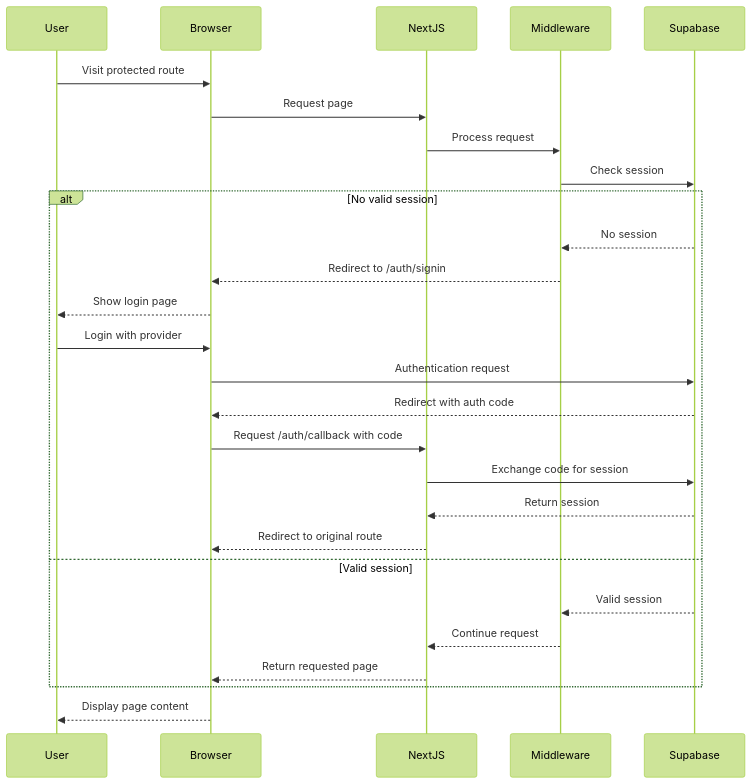
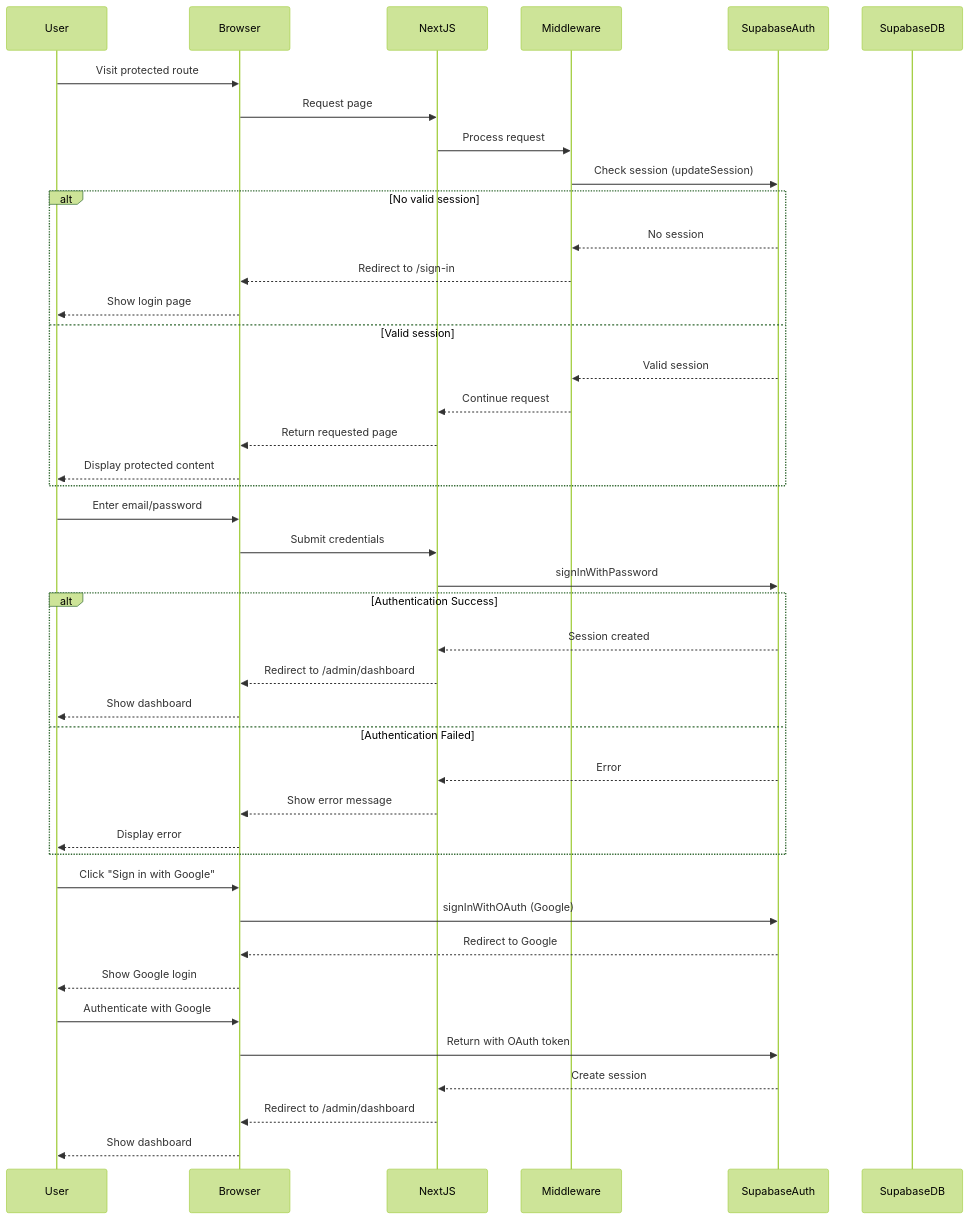
The second of 4 diagrams in README.md (eric-nichols-nyc/audiograph), drawn with Mermaid (forest theme) before and after one commit. The commit also changed other lines of this file and 30 other files, not shown here.

````diff
--- a/README.md
+++ b/README.md
@@ -80,32 +82,52 @@
 ```mermaid
 sequenceDiagram
     participant User
     participant Browser
     participant NextJS
     participant Middleware
-    participant Supabase
+    participant SupabaseAuth
+    participant SupabaseDB
     
+    %% Route Protection Flow
     User->>Browser: Visit protected route
     Browser->>NextJS: Request page
     NextJS->>Middleware: Process request
-    Middleware->>Supabase: Check session
+    Middleware->>SupabaseAuth: Check session (updateSession)
     
     alt No valid session
-        Supabase-->>Middleware: No session
-        Middleware-->>Browser: Redirect to /auth/signin
+        SupabaseAuth-->>Middleware: No session
+        Middleware-->>Browser: Redirect to /sign-in
         Browser-->>User: Show login page
-        User->>Browser: Login with provider
-        Browser->>Supabase: Authentication request
-        Supabase-->>Browser: Redirect with auth code
-        Browser->>NextJS: Request /auth/callback with code
-        NextJS->>Supabase: Exchange code for session
-        Supabase-->>NextJS: Return session
-        NextJS-->>Browser: Redirect to original route
     else Valid session
-        Supabase-->>Middleware: Valid session
+        SupabaseAuth-->>Middleware: Valid session
         Middleware-->>NextJS: Continue request
         NextJS-->>Browser: Return requested page
+        Browser-->>User: Display protected content
     end
     
-    Browser-->>User: Display page content
+    %% Email/Password Sign-in Flow
+    User->>Browser: Enter email/password
+    Browser->>NextJS: Submit credentials
+    NextJS->>SupabaseAuth: signInWithPassword
+    
+    alt Authentication Success
+        SupabaseAuth-->>NextJS: Session created
+        NextJS-->>Browser: Redirect to /admin/dashboard
+        Browser-->>User: Show dashboard
+    else Authentication Failed
+        SupabaseAuth-->>NextJS: Error
+        NextJS-->>Browser: Show error message
+        Browser-->>User: Display error
+    end
+    
+    %% OAuth Sign-in Flow
+    User->>Browser: Click "Sign in with Google"
+    Browser->>SupabaseAuth: signInWithOAuth (Google)
+    SupabaseAuth-->>Browser: Redirect to Google
+    Browser-->>User: Show Google login
+    User->>Browser: Authenticate with Google
+    Browser->>SupabaseAuth: Return with OAuth token
+    SupabaseAuth-->>NextJS: Create session
+    NextJS-->>Browser: Redirect to /admin/dashboard
+    Browser-->>User: Show dashboard
 ```
````
